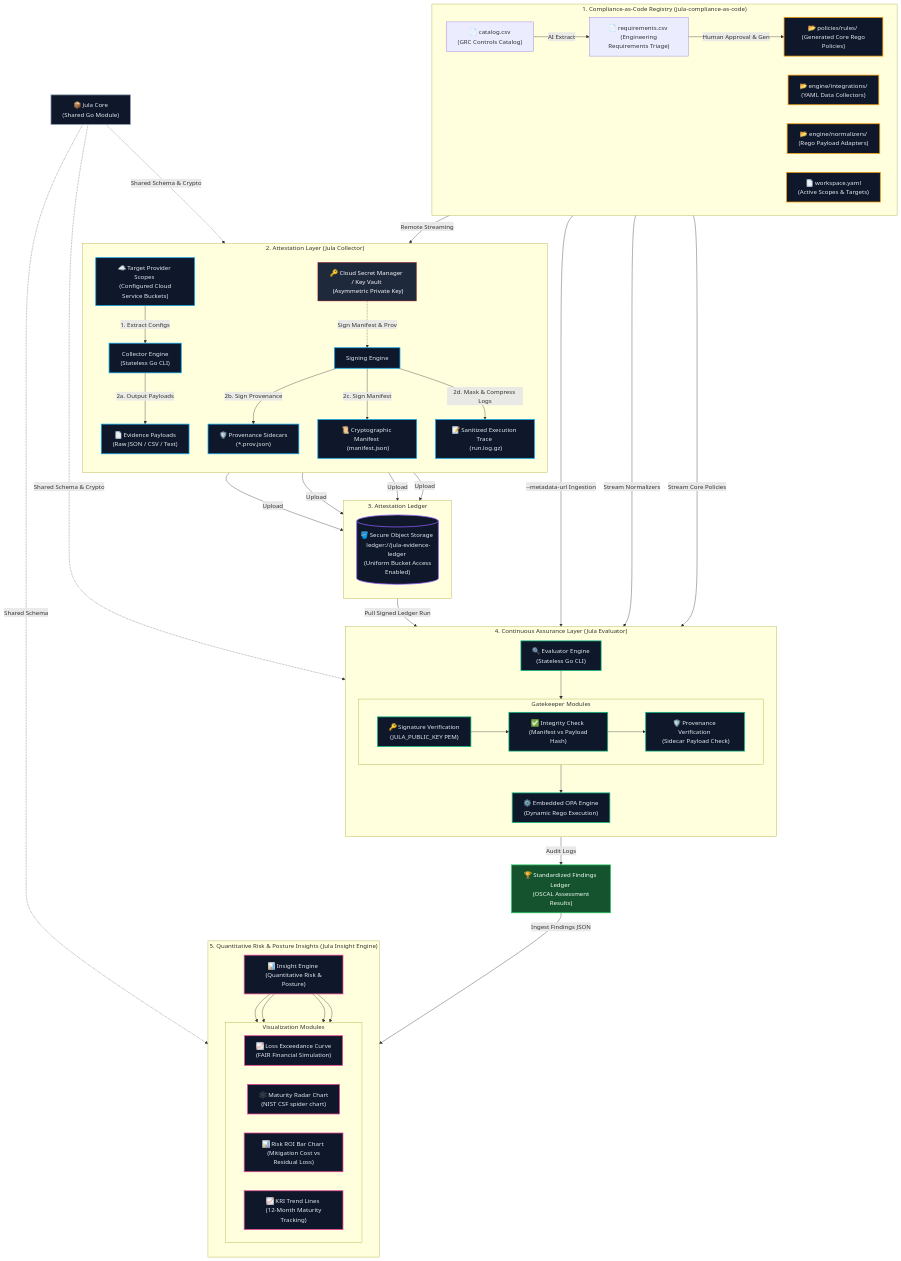
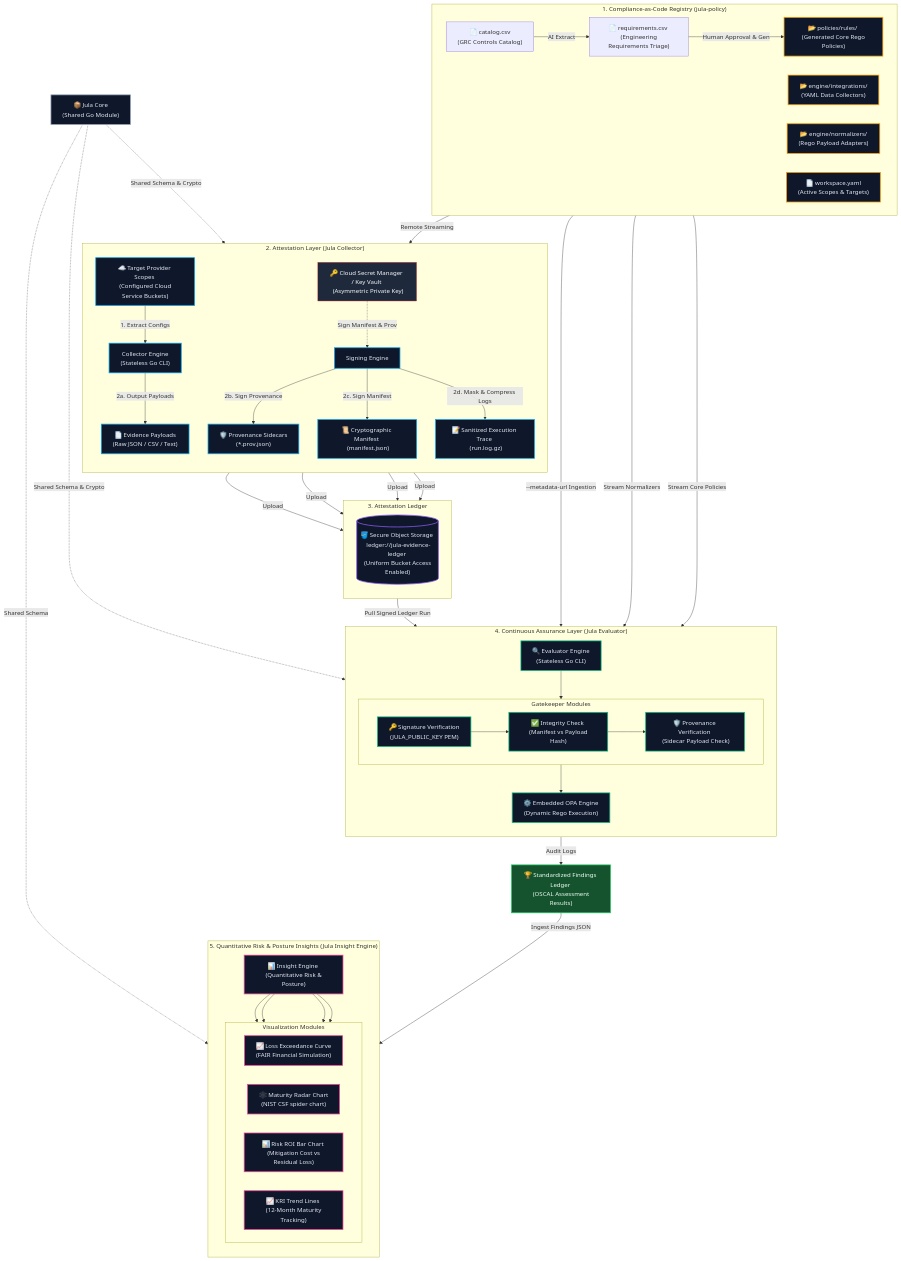
One commit to alibkaba/jula changed the diagram in README.md. Above: the diagram before and after it, drawn with Mermaid. The commit also changed other lines of this file and 4 other files, not shown here.

Commit message:
chore: rename jula-compliance-as-code repository reference to jula-policy throughout documentation and automation scripts

```diff
--- a/README.md
+++ b/README.md
@@ -57,7 +57,7 @@
     classDef insights fill:#0f172a,stroke:#ec4899,stroke-width:2px,color:#e2e8f0;
     classDef core fill:#0f172a,stroke:#94a3b8,stroke-width:2px,color:#e2e8f0;
 
-    subgraph Phase1 ["1. Compliance-as-Code Registry (jula-compliance-as-code)"]
+    subgraph Phase1 ["1. Compliance-as-Code Registry (jula-policy)"]
         direction LR
         Cat["📄 catalog.csv <br> (GRC Controls Catalog)"] -->|AI Extract| Req["📄 requirements.csv <br> (Engineering Requirements Triage)"]
         Req -->|Human Approval & Gen| PR_Pol["📂 policies/rules/ <br> (Generated Core Rego Policies)"]
```
